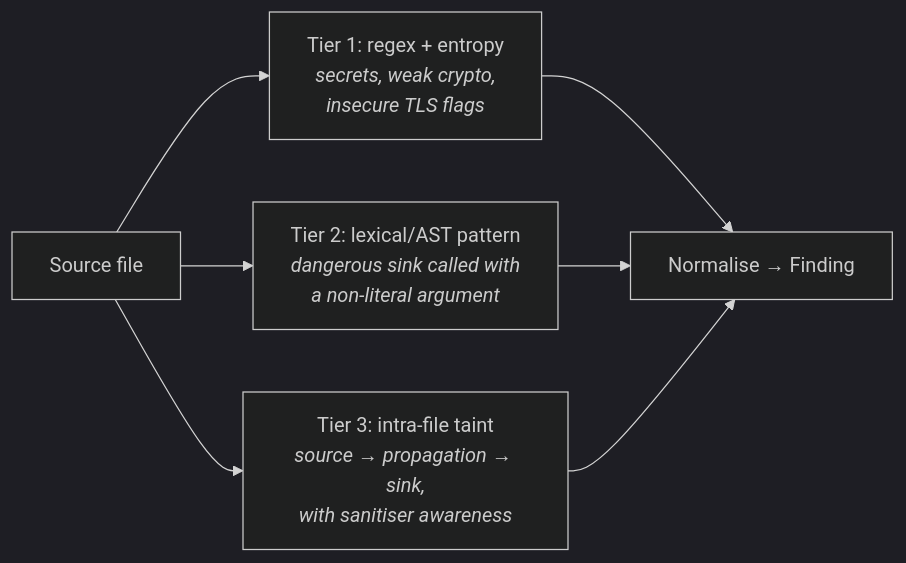
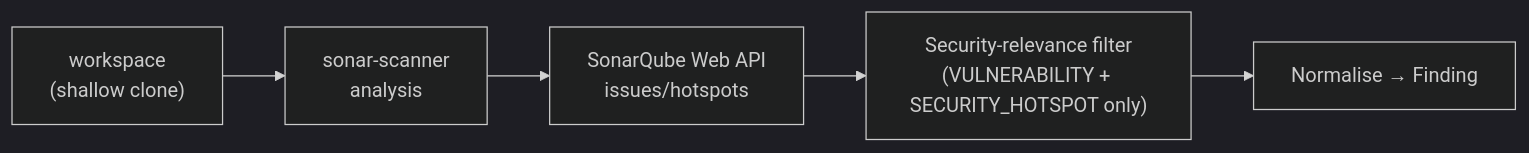
The sixth of 10 diagrams in documentation/05-module-specifications.md (Ruhanyat-994/GuardPipe), drawn with Mermaid (dark theme) before and after one commit. The commit also changed other lines of this file and 50 other files, not shown here.

````diff
--- a/documentation/05-module-specifications.md
+++ b/documentation/05-module-specifications.md
@@ -362,7 +363,7 @@
 ```mermaid
 flowchart LR
-    F[Source file] --> T1["Tier 1: regex + entropy<br/><i>secrets, weak crypto,<br/>insecure TLS flags</i>"]
-    F --> T2["Tier 2: lexical/AST pattern<br/><i>dangerous sink called with<br/>a non-literal argument</i>"]
-    F --> T3["Tier 3: intra-file taint<br/><i>source → propagation → sink,<br/>with sanitiser awareness</i>"]
-    T1 & T2 & T3 --> N[Normalise → Finding]
+    W["workspace<br/>(shallow clone)"] --> S["sonar-scanner<br/>analysis"]
+    S --> A["SonarQube Web API<br/>issues/hotspots"]
+    A --> Filt["Security-relevance filter<br/>(VULNERABILITY + SECURITY_HOTSPOT only)"]
+    Filt --> N[Normalise → Finding]
 ```
````
